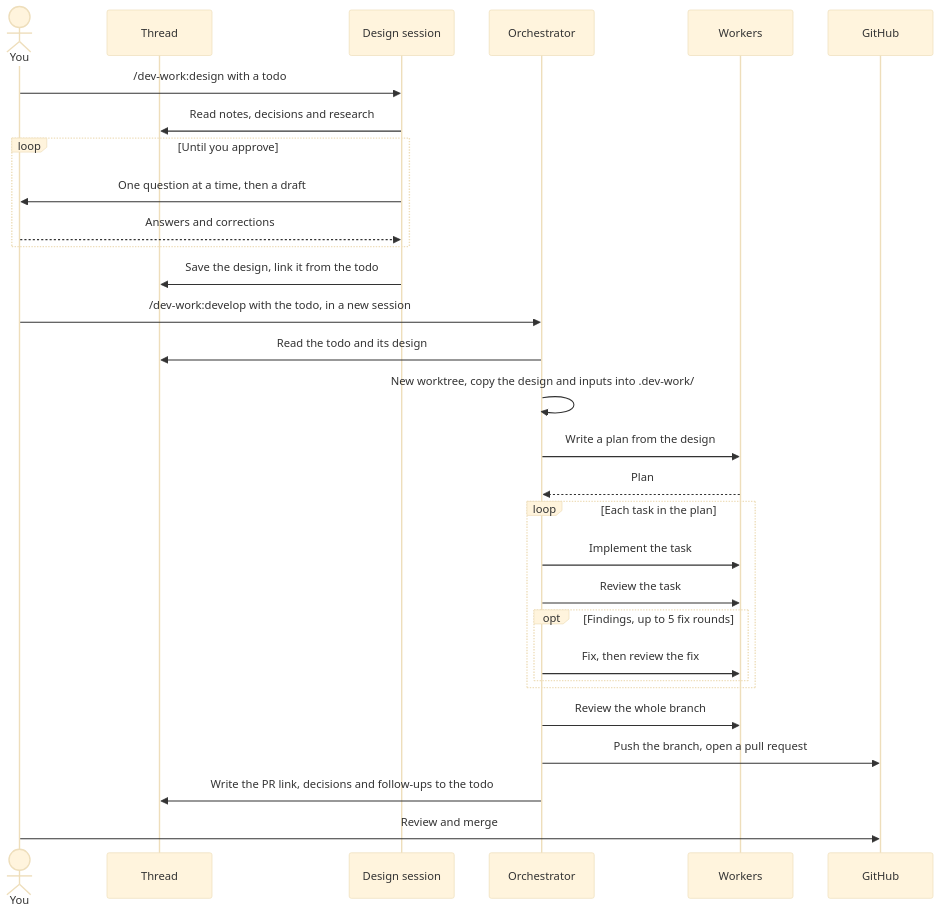
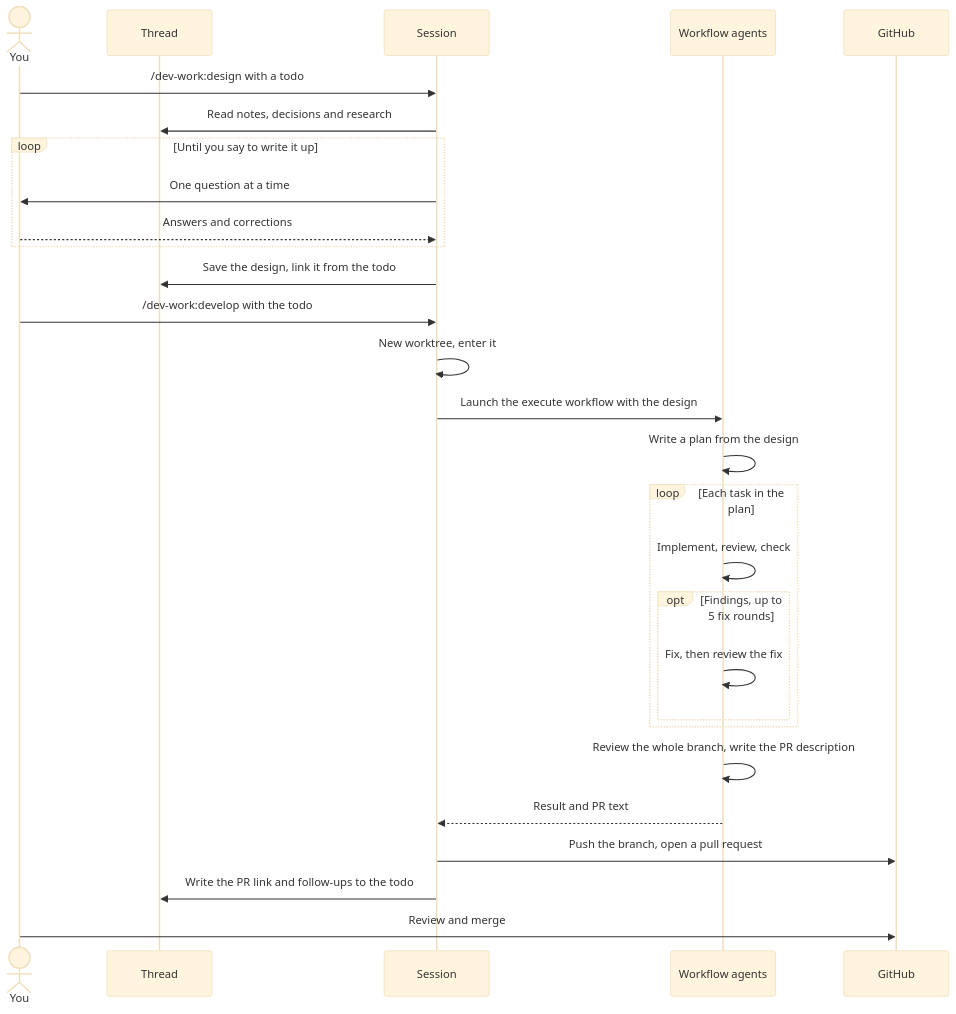
Before and after one commit to sebmartin/dev-work: the diagram in README.md, drawn with Mermaid (base theme). The commit also changed other lines of this file and 5 other files, not shown here.

First line of the commit message:
Develop as one session and one workflow that passes text, not files

````diff
--- a/README.md
+++ b/README.md
@@ -14,34 +14,32 @@
 ```mermaid
 sequenceDiagram
     actor You
     participant T as Thread
-    participant D as Design session
-    participant O as Orchestrator
-    participant W as Workers
+    participant S as Session
+    participant W as Workflow agents
     participant G as GitHub
 
-    You->>D: /dev-work:design with a todo
-    D->>T: Read notes, decisions and research
-    loop Until you approve
-        D->>You: One question at a time, then a draft
-        You-->>D: Answers and corrections
+    You->>S: /dev-work:design with a todo
+    S->>T: Read notes, decisions and research
+    loop Until you say to write it up
+        S->>You: One question at a time
+        You-->>S: Answers and corrections
     end
-    D->>T: Save the design, link it from the todo
+    S->>T: Save the design, link it from the todo
 
-    You->>O: /dev-work:develop with the todo, in a new session
-    O->>T: Read the todo and its design
-    O->>O: New worktree, copy the design and inputs into .dev-work/
-    O->>W: Write a plan from the design
-    W-->>O: Plan
+    You->>S: /dev-work:develop with the todo
+    S->>S: New worktree, enter it
+    S->>W: Launch the execute workflow with the design
+    W->>W: Write a plan from the design
     loop Each task in the plan
-        O->>W: Implement the task
-        O->>W: Review the task
+        W->>W: Implement, review, check
         opt Findings, up to 5 fix rounds
-            O->>W: Fix, then review the fix
+            W->>W: Fix, then review the fix
         end
     end
-    O->>W: Review the whole branch
-    O->>G: Push the branch, open a pull request
-    O->>T: Write the PR link, decisions and follow-ups to the todo
+    W->>W: Review the whole branch, write the PR description
+    W-->>S: Result and PR text
+    S->>G: Push the branch, open a pull request
+    S->>T: Write the PR link and follow-ups to the todo
     You->>G: Review and merge
 ```
````
